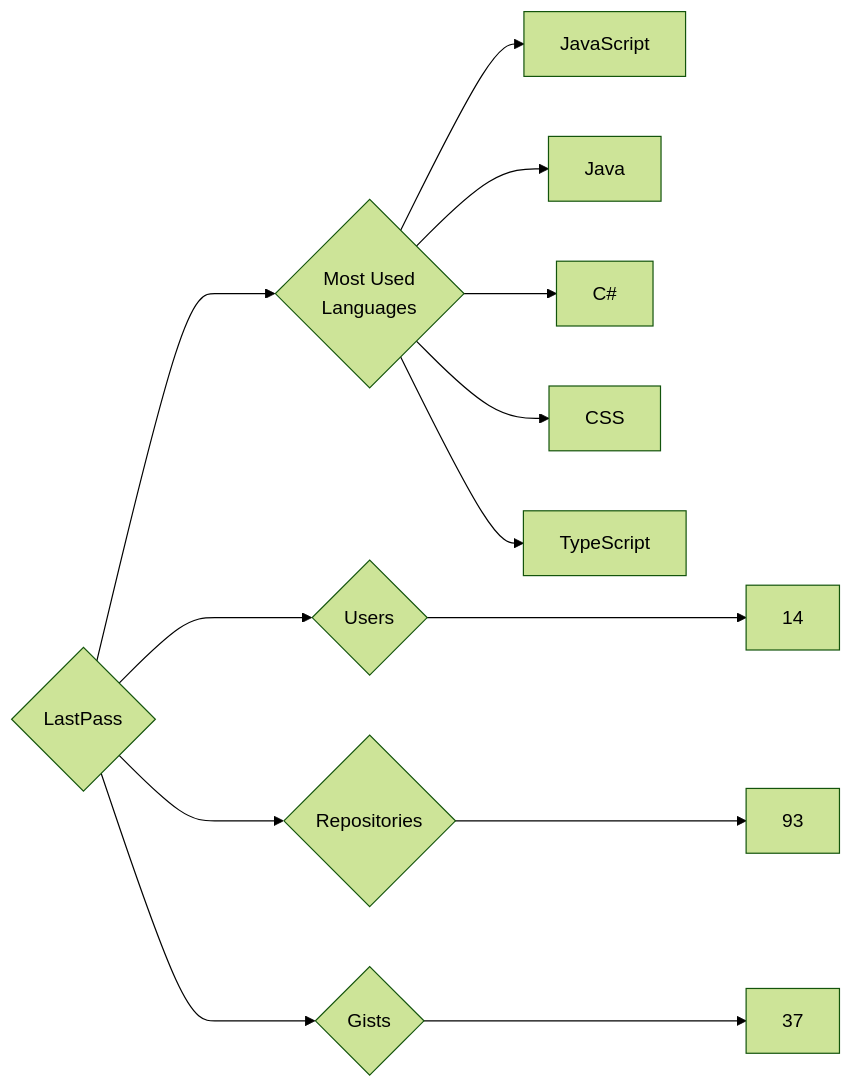
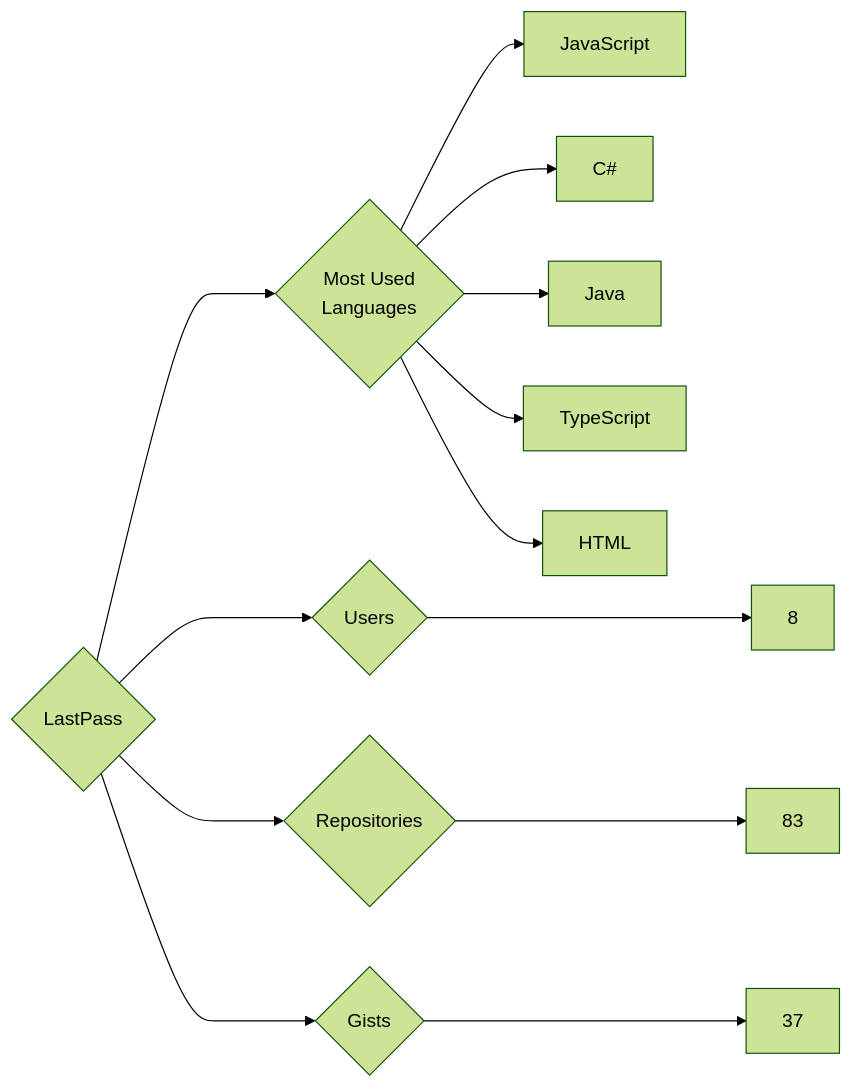
One commit to trickest/insiders changed the diagram in targets/LastPass/README.md. Above: the diagram before and after it, drawn with Mermaid (forest theme). The commit also changed 953 other files, not shown here.

````diff
--- a/targets/LastPass/README.md
+++ b/targets/LastPass/README.md
@@ -3,13 +3,13 @@
 ```mermaid
 graph LR
 COMPANY_NAME{LastPass}
-COMPANY_NAME ---> U{Users} ---> UN[14]
-COMPANY_NAME ---> R{Repositories} ---> RN[93]
+COMPANY_NAME ---> U{Users} ---> UN[8]
+COMPANY_NAME ---> R{Repositories} ---> RN[83]
 COMPANY_NAME ---> G{Gists} ---> GN[37]
 COMPANY_NAME ---> ML{Most Used<br>Languages}
 ML --> JavaScript[JavaScript]
+ML --> C#[C#]
 ML --> Java[Java]
-ML --> C#[C#]
-ML --> CSS[CSS]
 ML --> TypeScript[TypeScript]
+ML --> HTML[HTML]
 ```
````
